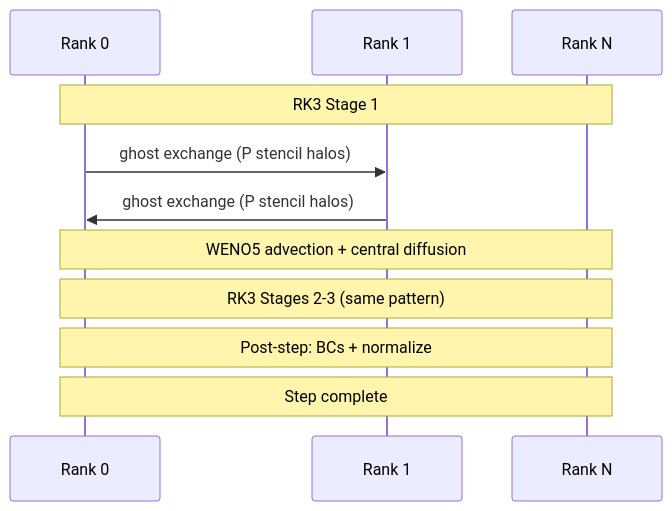
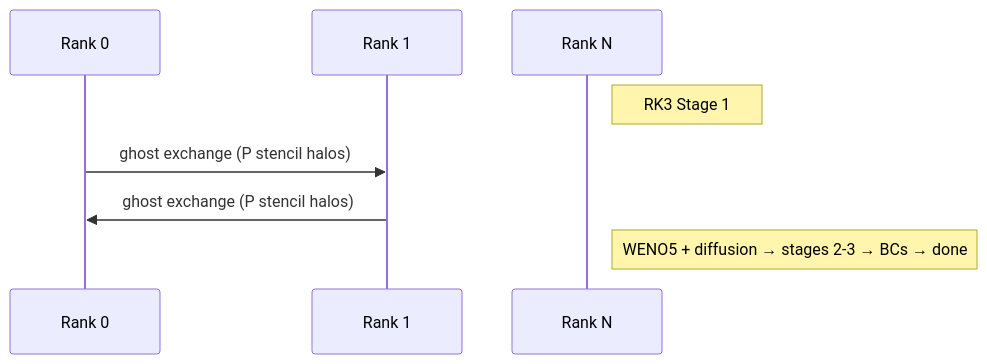
Before and after one commit to ngduchai/guard-agent: the second of 3 diagrams in tests/apps/docs/HyPar/README.md, drawn with Mermaid. The commit also changed other lines of this file and 43 other files, not shown here.

````diff
--- a/tests/apps/docs/HyPar/README.md
+++ b/tests/apps/docs/HyPar/README.md
@@ -102,14 +102,11 @@
 ```mermaid
 sequenceDiagram
     participant R0 as Rank 0
     participant R1 as Rank 1
     participant RN as Rank N
 
-    Note over R0,RN: RK3 Stage 1
+    Note right of RN: RK3 Stage 1
     R0->>R1: ghost exchange (P stencil halos)
     R1->>R0: ghost exchange (P stencil halos)
-    Note over R0,RN: WENO5 advection + central diffusion
-    Note over R0,RN: RK3 Stages 2-3 (same pattern)
-    Note over R0,RN: Post-step: BCs + normalize
-    Note over R0,RN: Step complete
+    Note right of RN: WENO5 + diffusion → stages 2-3 → BCs → done
 ```
````
